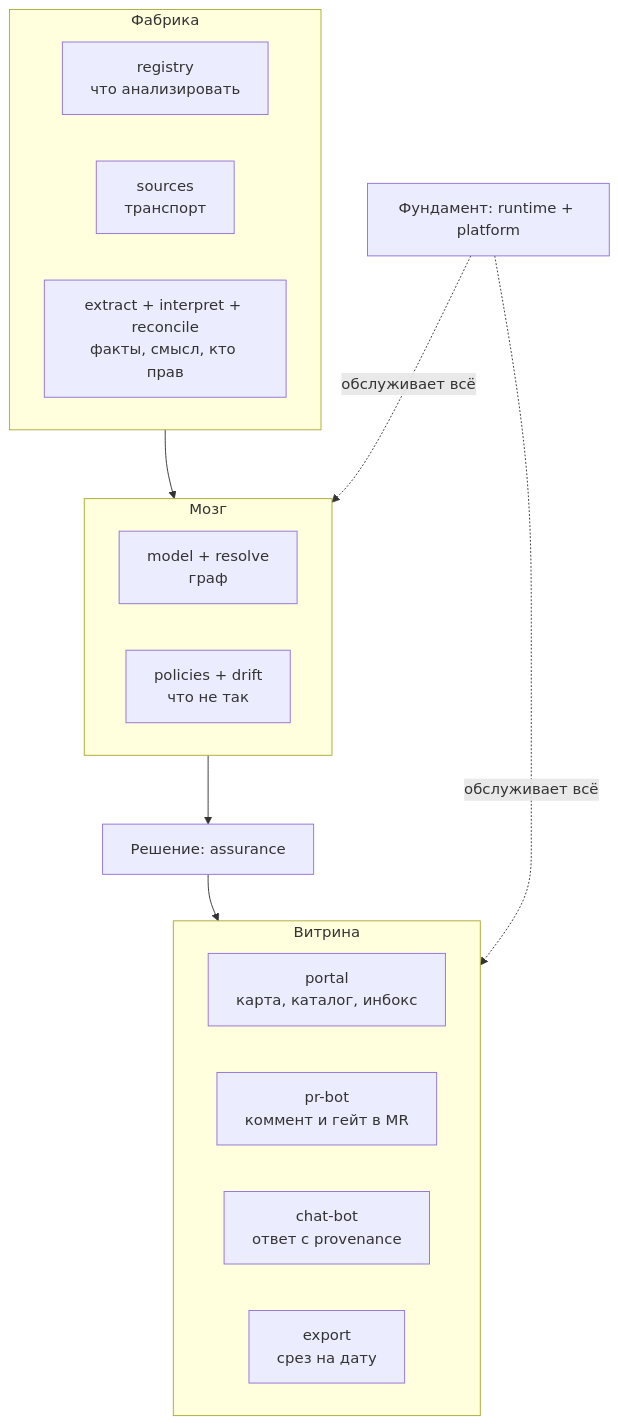
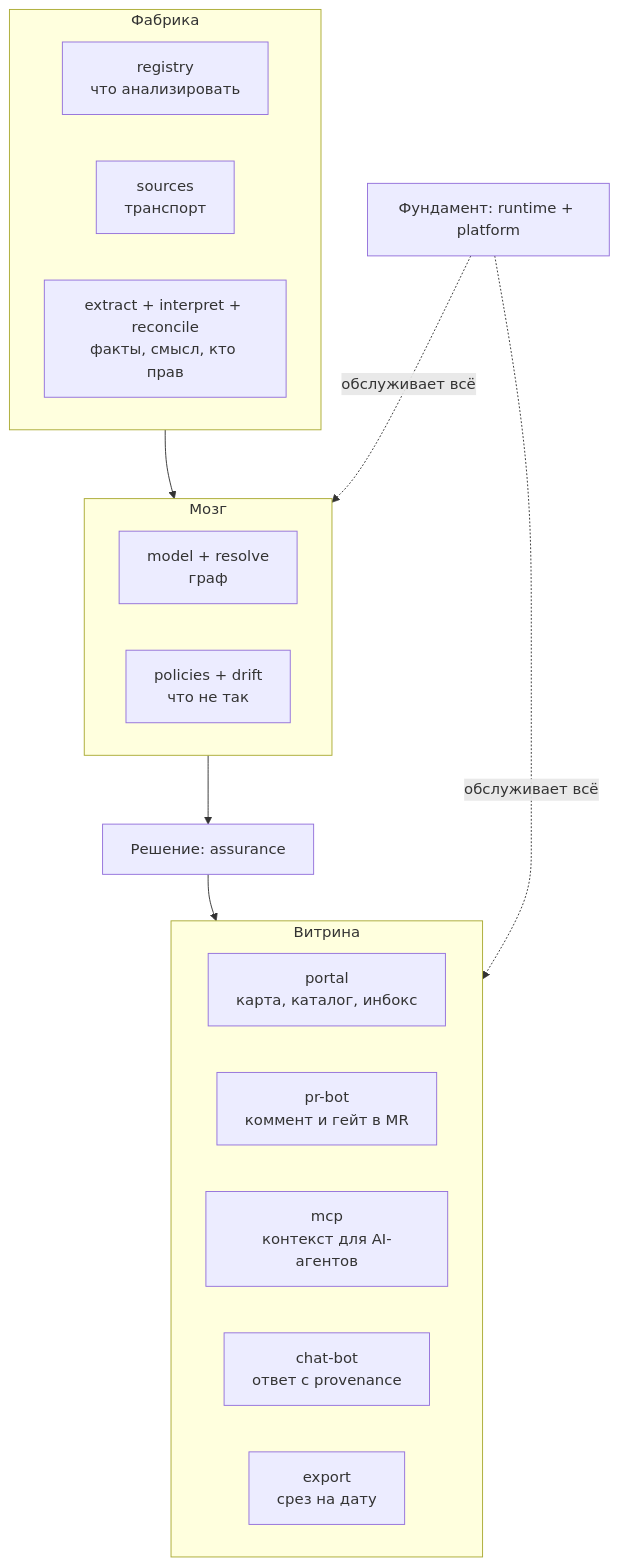
One commit to teamv39/archon changed the diagram in docs/architecture/product-overview.md. Above: the diagram before and after it, drawn with Mermaid. The commit also changed other lines of this file and 6 other files, not shown here.

Commit message:
Docs: update roadmap, architecture documentation, development guidelines, and project overview

````diff
--- a/docs/architecture/product-overview.md
+++ b/docs/architecture/product-overview.md
@@ -65,31 +71,32 @@
 ```mermaid
 flowchart TB
     subgraph FRONT ["Витрина"]
         portal["portal<br/>карта, каталог, инбокс"]
         prbot["pr-bot<br/>коммент и гейт в MR"]
+        mcp["mcp<br/>контекст для AI-агентов"]
         chatbot["chat-bot<br/>ответ с provenance"]
         export["export<br/>срез на дату"]
     end
 
     assurance["Решение: assurance"]
 
     subgraph BRAIN ["Мозг"]
         model["model + resolve<br/>граф"]
         analytics["policies + drift<br/>что не так"]
     end
 
     subgraph FACTORY ["Фабрика"]
         registry["registry<br/>что анализировать"]
         sources["sources<br/>транспорт"]
         dig["extract + interpret + reconcile<br/>факты, смысл, кто прав"]
     end
 
     foundation["Фундамент: runtime + platform"]
 
     FACTORY --> BRAIN
     BRAIN --> assurance
     assurance --> FRONT
 
     foundation -. обслуживает всё .-> FRONT
     foundation -. обслуживает всё .-> BRAIN
 ```
````
